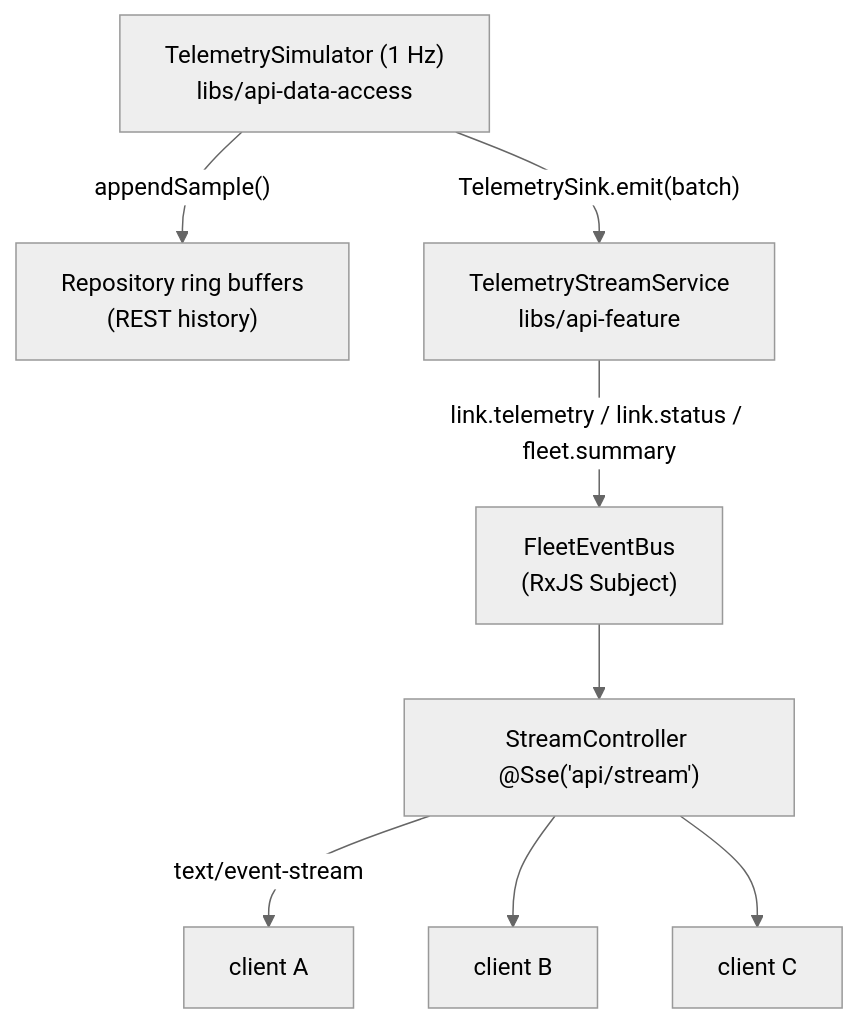
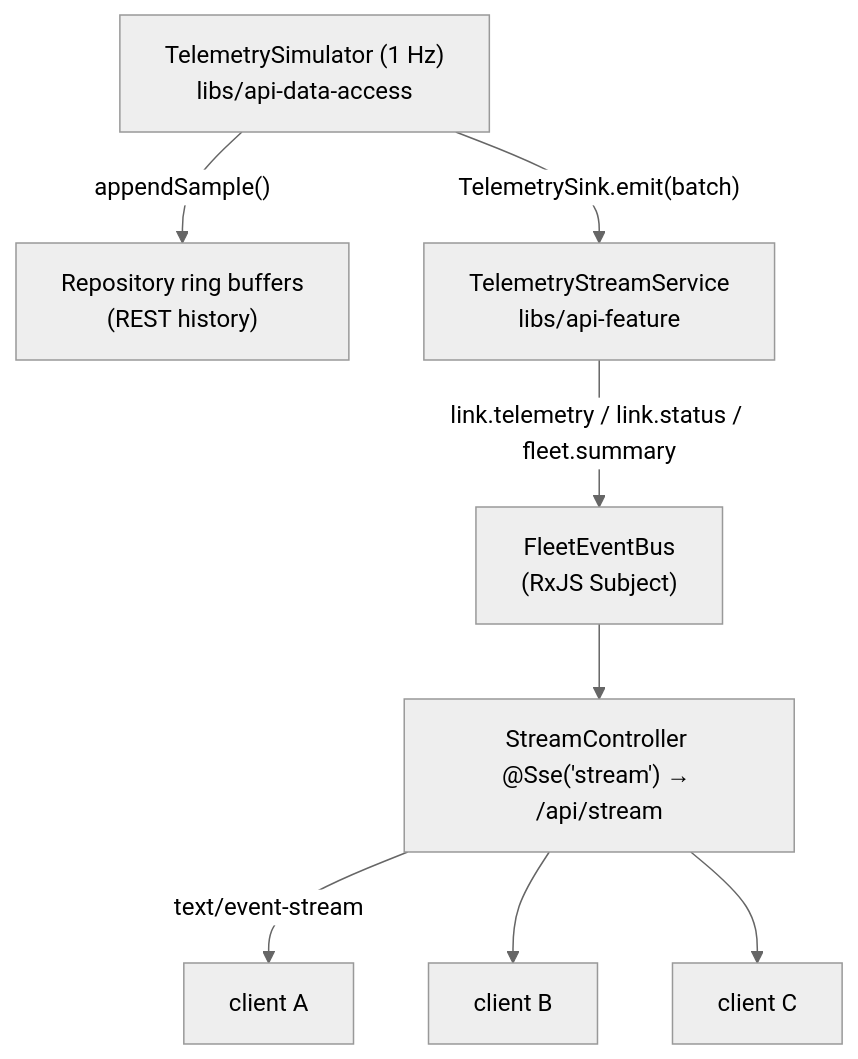
One commit to tcsr/linkops-console changed the diagram in docs/architecture/sse.md. Above: the diagram before and after it, drawn with Mermaid (neutral theme). The commit also changed other lines of this file and 15 other files, not shown here.

````diff
--- a/docs/architecture/sse.md
+++ b/docs/architecture/sse.md
@@ -40,10 +41,10 @@
 ```mermaid
 flowchart TD
   SIM["TelemetrySimulator (1 Hz)\nlibs/api-data-access"] -->|"appendSample()"| REPO["Repository ring buffers\n(REST history)"]
   SIM -->|"TelemetrySink.emit(batch)"| STREAM["TelemetryStreamService\nlibs/api-feature"]
   STREAM -->|"link.telemetry / link.status / fleet.summary"| BUS["FleetEventBus\n(RxJS Subject)"]
-  BUS --> CTRL["StreamController @Sse('api/stream')"]
+  BUS --> CTRL["StreamController @Sse('stream') → /api/stream"]
   CTRL -->|"text/event-stream"| A["client A"]
   CTRL --> B["client B"]
   CTRL --> C["client C"]
 ```
````
